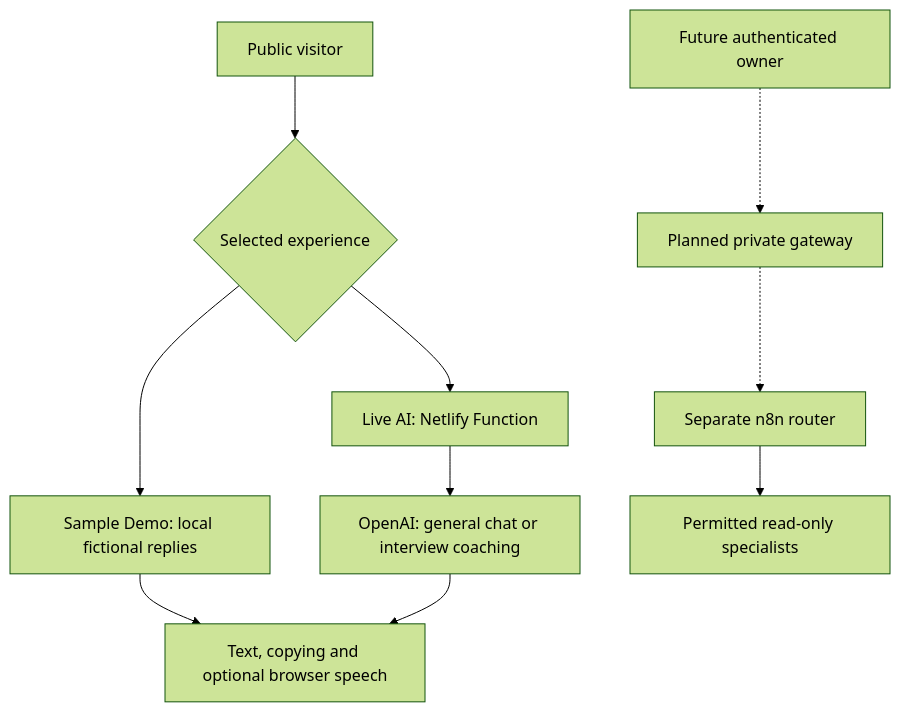
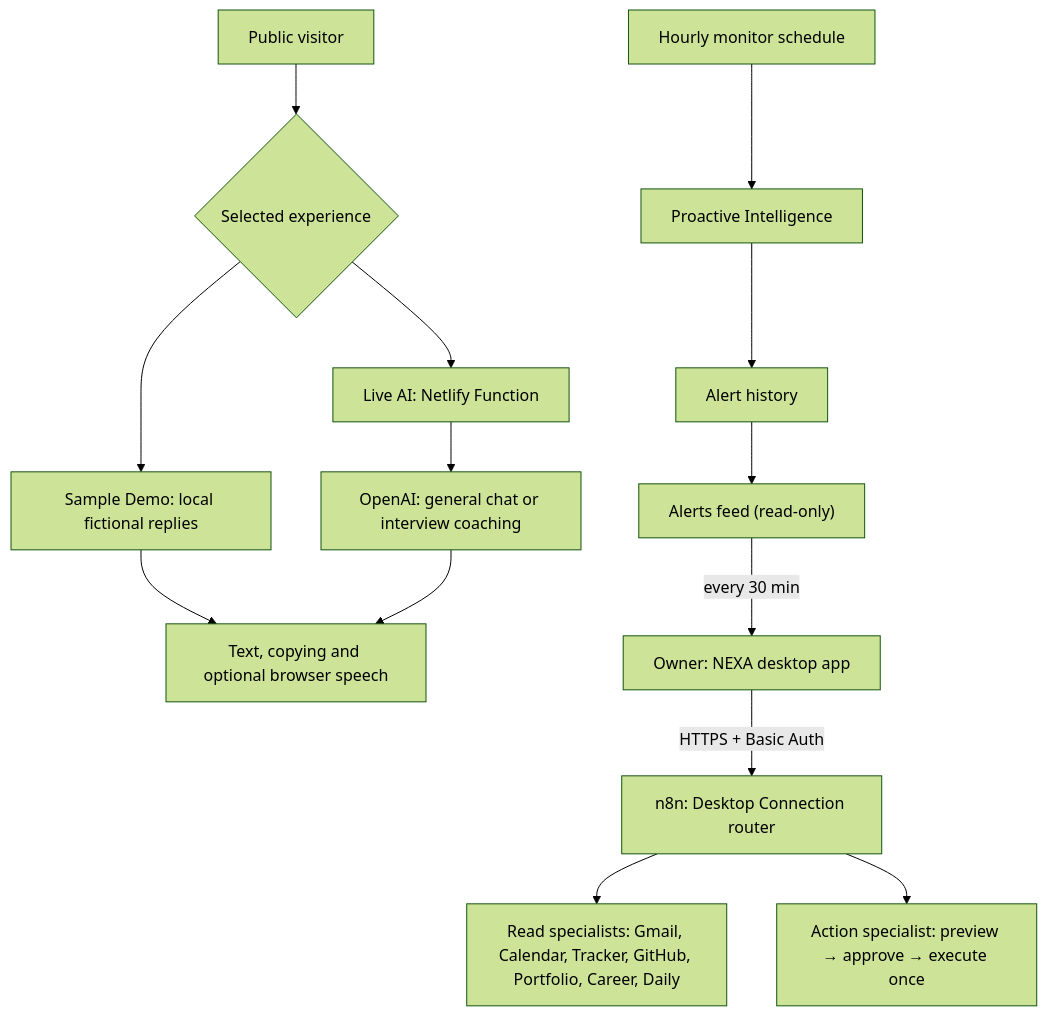
One commit to yasmeenmh90-beep/nexa-ai-operations-assistant changed the diagram in README.md. Above: the diagram before and after it, drawn with Mermaid (forest theme). The commit also changed other lines of this file and 4 other files, not shown here.

````diff
--- a/README.md
+++ b/README.md
@@ -82,12 +111,14 @@
 ```mermaid
 flowchart TD
     V["Public visitor"] --> M{"Selected experience"}
     M --> S["Sample Demo: local fictional replies"]
     M --> F["Live AI: Netlify Function"]
     F --> A["OpenAI: general chat or interview coaching"]
     S --> R["Text, copying and optional browser speech"]
     A --> R
-    O["Future authenticated owner"] -.-> G["Planned private gateway"]
-    G -.-> N["Separate n8n router"]
-    N --> W["Permitted read-only specialists"]
+    D["Owner: NEXA desktop app"] -->|"HTTPS + Basic Auth"| N["n8n: Desktop Connection router"]
+    N --> W["Read specialists: Gmail, Calendar, Tracker, GitHub, Portfolio, Career, Daily"]
+    N --> X["Action specialist: preview → approve → execute once"]
+    P["Hourly monitor schedule"] --> Q["Proactive Intelligence"] --> H["Alert history"]
+    H --> E["Alerts feed (read-only)"] -->|"every 30 min"| D
 ```
````
